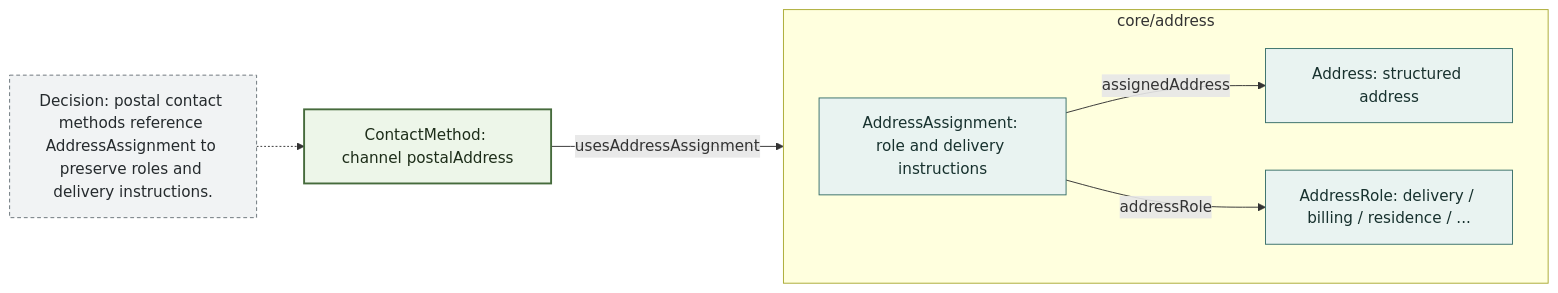
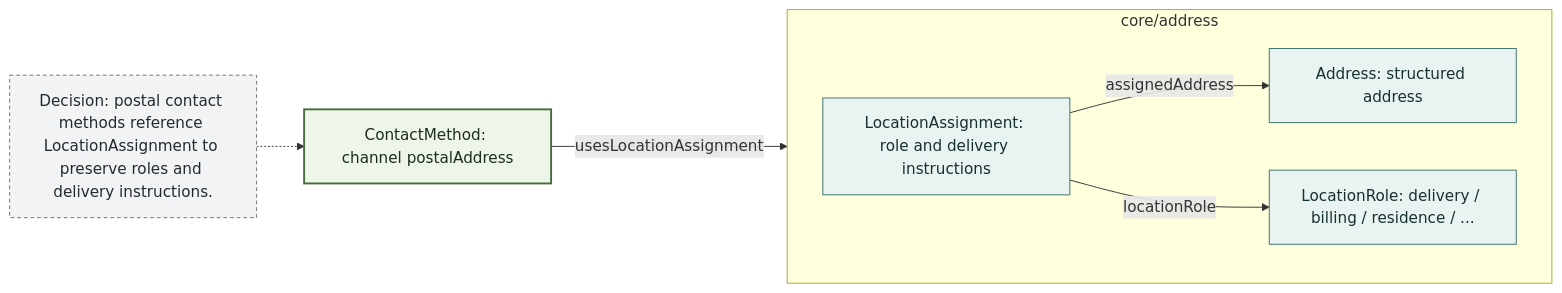
Before and after one commit to project-construct-x/constructx-ontologies: the third of 5 diagrams in modules/core/contact/docs/diagrams/contact-concept-model.md, drawn with Mermaid. The commit also changed other lines of this file and 97 other files, not shown here.

Commit message:
feat(core): migrate Address and Contact to location assignments

````diff
--- a/modules/core/contact/docs/diagrams/contact-concept-model.md
+++ b/modules/core/contact/docs/diagrams/contact-concept-model.md
@@ -88,26 +88,26 @@
 ```mermaid
 flowchart LR
     Method["ContactMethod: channel postalAddress"]
 
     subgraph ADDRESS["core/address"]
         direction LR
-        Assignment["AddressAssignment: role and delivery instructions"]
+        Assignment["LocationAssignment: role and delivery instructions"]
         Address["Address: structured address"]
-        Role["AddressRole: delivery / billing / residence / ..."]
+        Role["LocationRole: delivery / billing / residence / ..."]
         Assignment -->|"assignedAddress"| Address
-        Assignment -->|"addressRole"| Role
+        Assignment -->|"locationRole"| Role
     end
 
-    Method -->|"usesAddressAssignment"| Assignment
+    Method -->|"usesLocationAssignment"| Assignment
 
-    Decision["Decision: postal contact methods reference AddressAssignment to preserve roles and delivery instructions."]
+    Decision["Decision: postal contact methods reference LocationAssignment to preserve roles and delivery instructions."]
     Decision -.-> Method
 
     classDef contact fill:#edf6e9,stroke:#466b3c,color:#1d2d19,stroke-width:2px;
     classDef address fill:#e9f3f1,stroke:#39706a,color:#17312e;
     classDef note fill:#f1f3f4,stroke:#6b747a,color:#252a2d,stroke-dasharray:4 3;
 
     class Method contact;
     class Assignment,Address,Role address;
     class Decision note;
 ```
````
